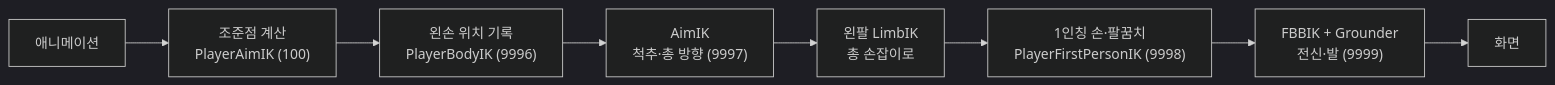
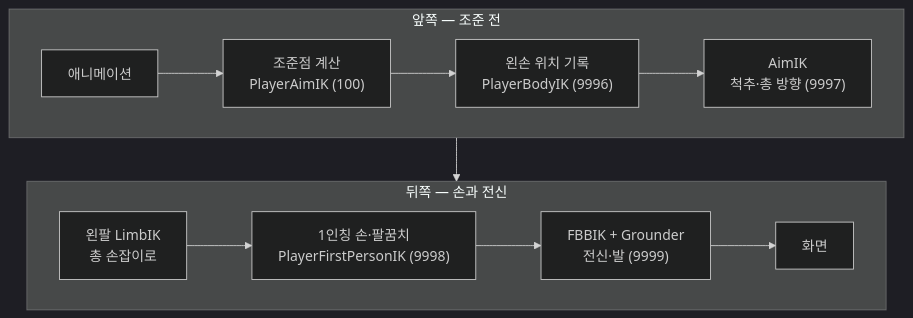
One commit to krr6606/krr6606.github.io changed the first of 3 diagrams in src/3-hive-purge/기술문서.md. Above: the diagram before and after it, drawn with Mermaid (dark theme). The commit also changed other lines of this file and 14 other files, not shown here.

````diff
--- a/src/3-hive-purge/기술문서.md
+++ b/src/3-hive-purge/기술문서.md
@@ -45,10 +45,12 @@
 ```mermaid
-flowchart LR
-    A["애니메이션"] --> B["조준점 계산<br/>PlayerAimIK (100)"]
-    B --> C["왼손 위치 기록<br/>PlayerBodyIK (9996)"]
-    C --> D["AimIK<br/>척추·총 방향 (9997)"]
-    D --> E["왼팔 LimbIK<br/>총 손잡이로"]
-    E --> F["1인칭 손·팔꿈치<br/>PlayerFirstPersonIK (9998)"]
-    F --> G["FBBIK + Grounder<br/>전신·발 (9999)"]
-    G --> H["화면"]
+flowchart TB
+    subgraph R1["앞쪽 — 조준 전"]
+        direction LR
+        A["애니메이션"] --> B["조준점 계산<br/>PlayerAimIK (100)"] --> C["왼손 위치 기록<br/>PlayerBodyIK (9996)"] --> D["AimIK<br/>척추·총 방향 (9997)"]
+    end
+    subgraph R2["뒤쪽 — 손과 전신"]
+        direction LR
+        E["왼팔 LimbIK<br/>총 손잡이로"] --> F["1인칭 손·팔꿈치<br/>PlayerFirstPersonIK (9998)"] --> G["FBBIK + Grounder<br/>전신·발 (9999)"] --> H["화면"]
+    end
+    R1 --> R2
 ```
````
